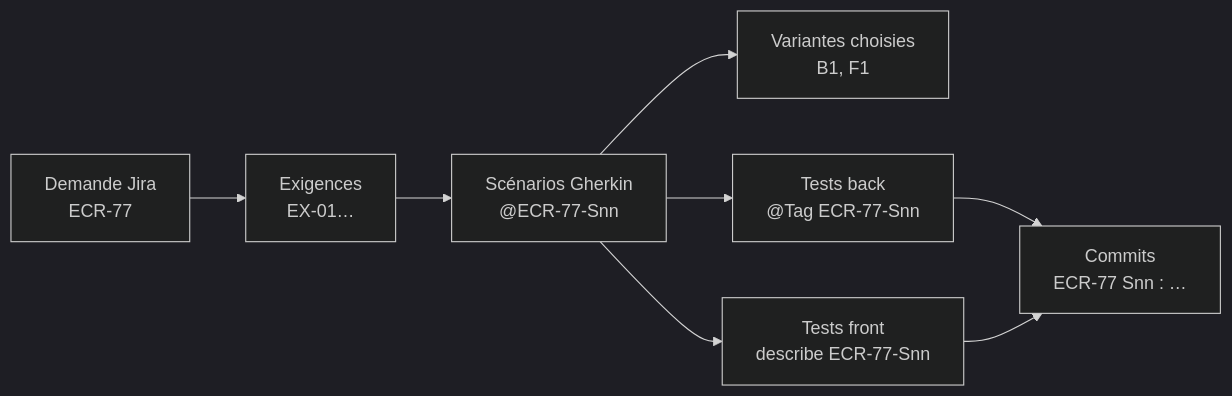
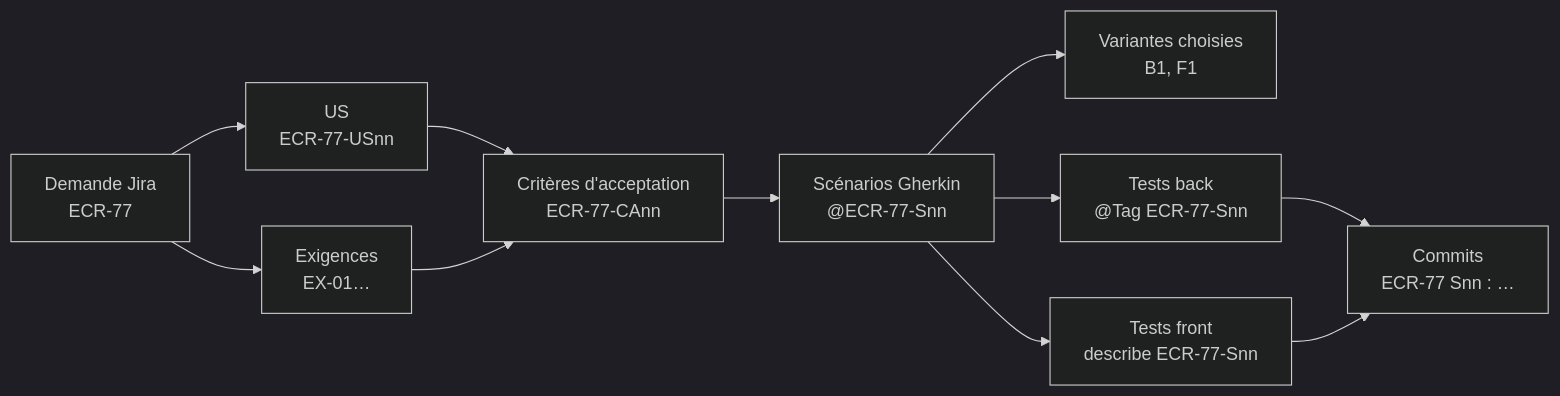
The diagram in specs/agent-tdd-jira/modules/tracabilite/SKILL.md (FredGarcia/Agent2Prompt), drawn with Mermaid (dark theme) before and after one commit. The commit also changed other lines of this file and 12 other files, not shown here.

First line of the commit message:
spec(agent-tdd-jira): version 1.2.0, US et critères d'acceptation (D10)

````diff
--- a/specs/agent-tdd-jira/modules/tracabilite/SKILL.md
+++ b/specs/agent-tdd-jira/modules/tracabilite/SKILL.md
@@ -14,10 +14,13 @@
 ```mermaid
 flowchart LR
-  J["Demande Jira<br/>ECR-77"] --> EX["Exigences<br/>EX-01…"]
-  EX --> S["Scénarios Gherkin<br/>@ECR-77-Snn"]
+  J["Demande Jira<br/>ECR-77"] --> US["US<br/>ECR-77-USnn"]
+  US --> CA["Critères d'acceptation<br/>ECR-77-CAnn"]
+  J --> EX["Exigences<br/>EX-01…"]
+  EX --> CA
+  CA --> S["Scénarios Gherkin<br/>@ECR-77-Snn"]
   S --> V["Variantes choisies<br/>B1, F1"]
   S --> TB["Tests back<br/>@Tag ECR-77-Snn"]
   S --> TF["Tests front<br/>describe ECR-77-Snn"]
   TB --> C["Commits<br/>ECR-77 Snn : …"]
   TF --> C
 ```
````
